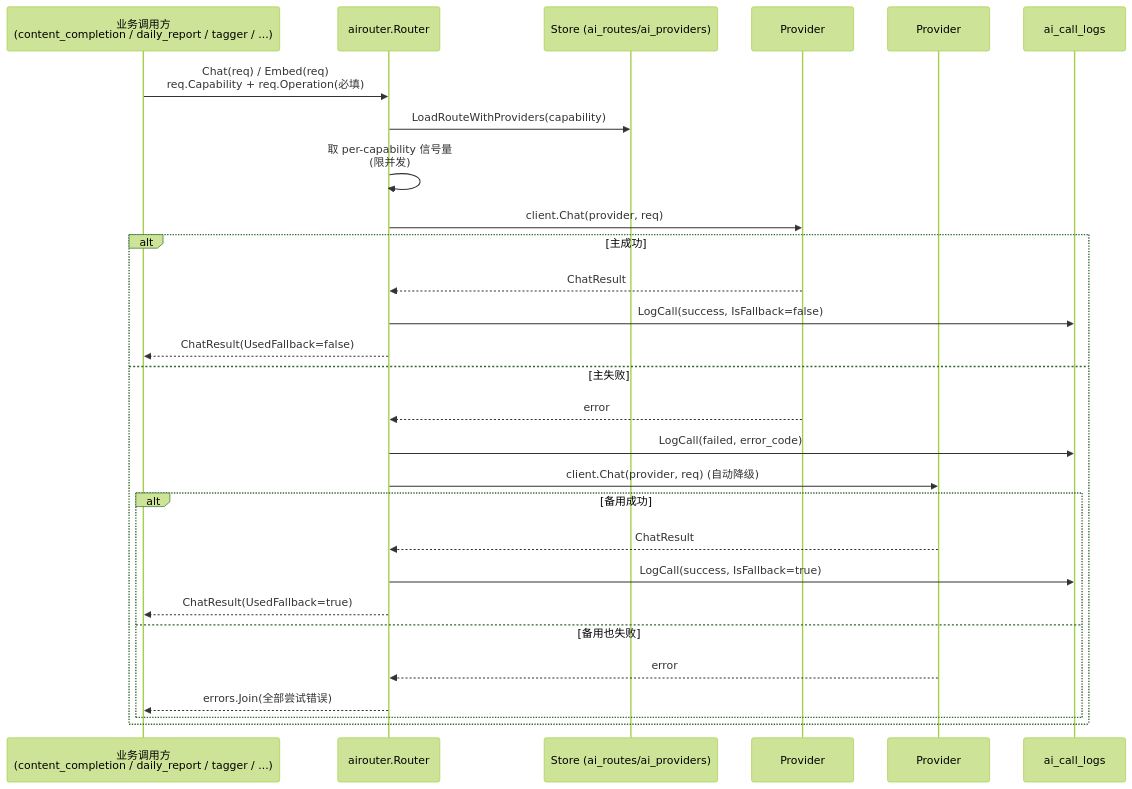
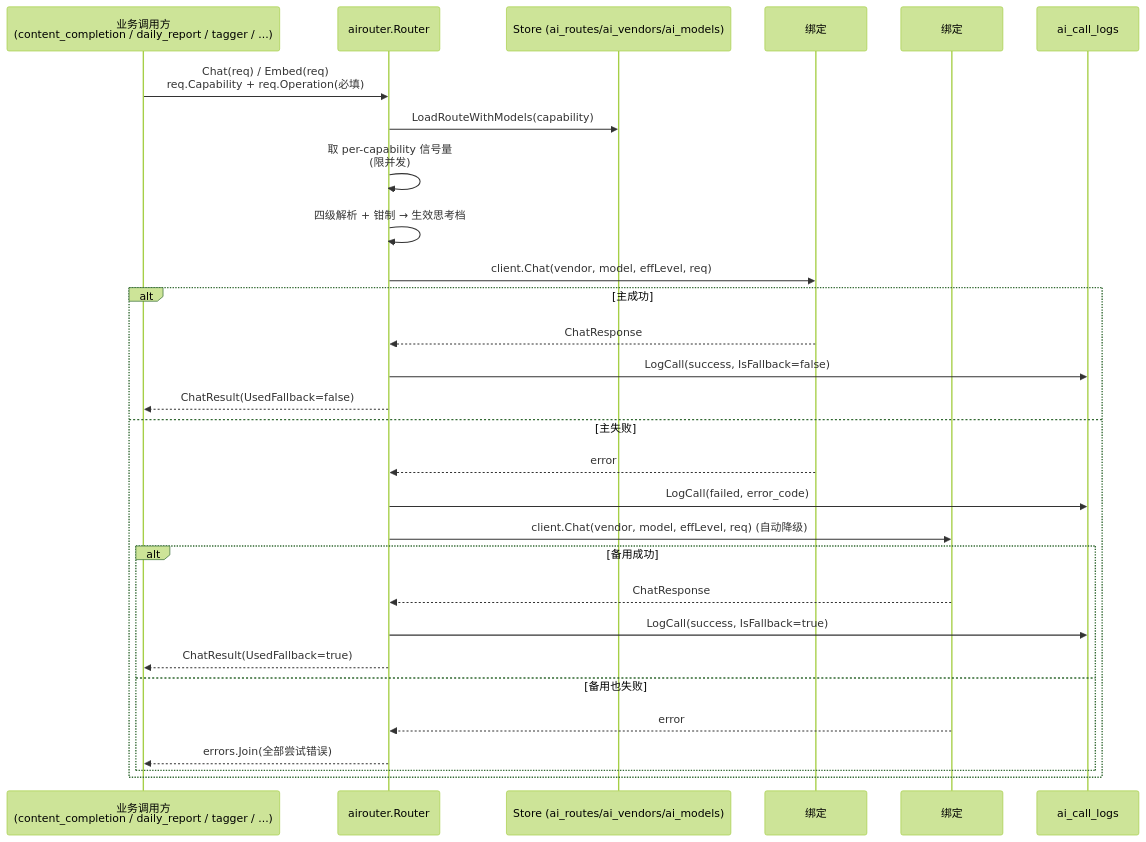
One commit to ZanebonoAlter/Syntopica changed the diagram in docs/reference/flow/ai-summary.md. Above: the diagram before and after it, drawn with Mermaid (forest theme). The commit also changed other lines of this file and 111 other files, not shown here.

````diff
--- a/docs/reference/flow/ai-summary.md
+++ b/docs/reference/flow/ai-summary.md
@@ -23,30 +23,31 @@
 ```mermaid
 sequenceDiagram
   participant Caller as 业务调用方<br/>(content_completion / daily_report / tagger / ...)
   participant R as airouter.Router
-  participant S as Store (ai_routes/ai_providers)
-  participant P1 as Provider#1 (主)
-  participant P2 as Provider#2 (备用)
+  participant S as Store (ai_routes/ai_vendors/ai_models)
+  participant M1 as 绑定#1 (主模型@vendor)
+  participant M2 as 绑定#2 (备用模型@vendor)
   participant Log as ai_call_logs
   Caller->>R: Chat(req) / Embed(req)<br/>req.Capability + req.Operation(必填)
-  R->>S: LoadRouteWithProviders(capability)
+  R->>S: LoadRouteWithModels(capability)
   R->>R: 取 per-capability 信号量<br/>(限并发)
-  R->>P1: client.Chat(provider, req)
+  R->>R: 四级解析 + 钳制 → 生效思考档
+  R->>M1: client.Chat(vendor, model, effLevel, req)
   alt 主成功
-    P1-->>R: ChatResult
+    M1-->>R: ChatResponse
     R->>Log: LogCall(success, IsFallback=false)
     R-->>Caller: ChatResult(UsedFallback=false)
   else 主失败
-    P1-->>R: error
+    M1-->>R: error
     R->>Log: LogCall(failed, error_code)
-    R->>P2: client.Chat(provider, req) (自动降级)
+    R->>M2: client.Chat(vendor, model, effLevel, req) (自动降级)
     alt 备用成功
-      P2-->>R: ChatResult
+      M2-->>R: ChatResponse
       R->>Log: LogCall(success, IsFallback=true)
       R-->>Caller: ChatResult(UsedFallback=true)
     else 备用也失败
-      P2-->>R: error
+      M2-->>R: error
       R-->>Caller: errors.Join(全部尝试错误)
     end
   end
 ```
````
